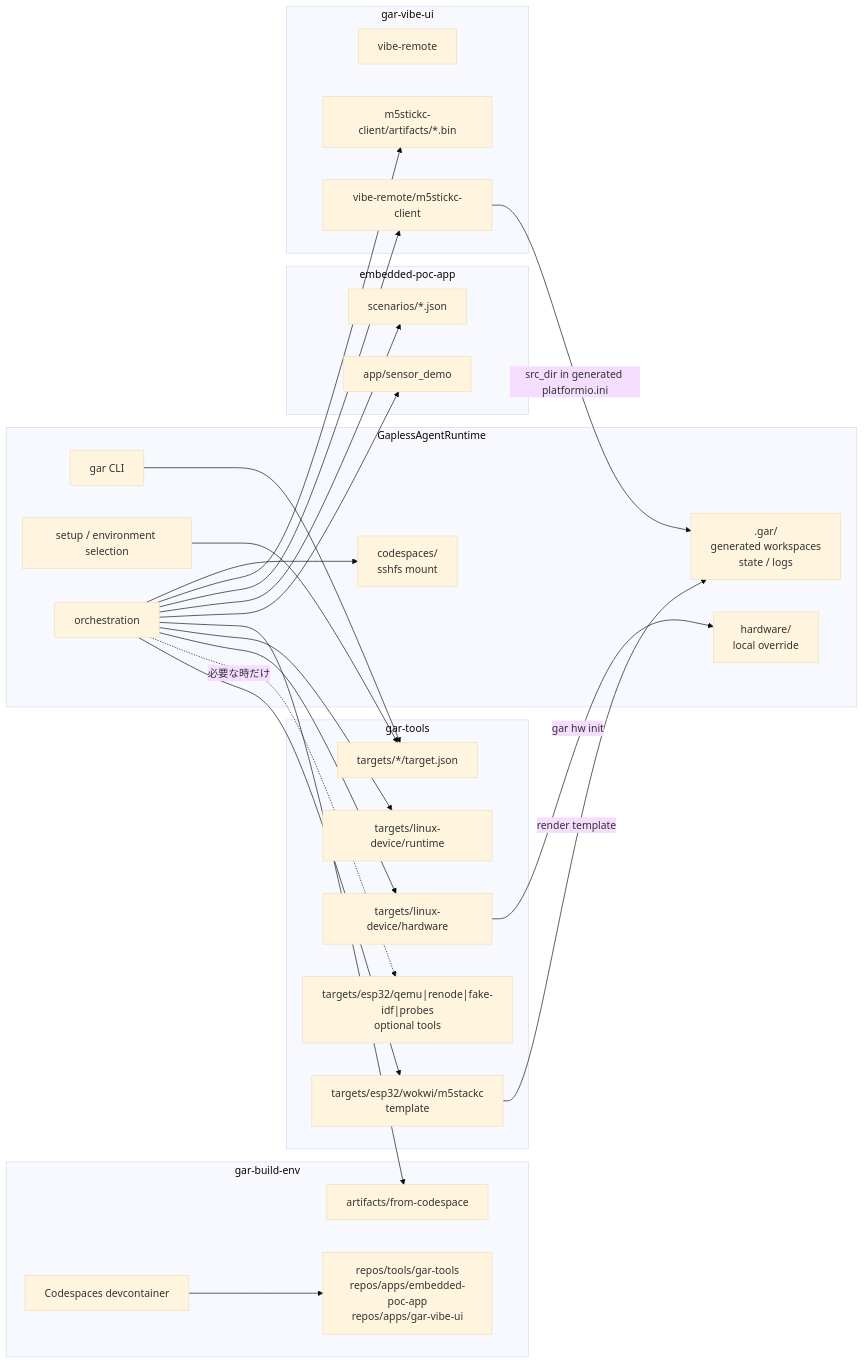
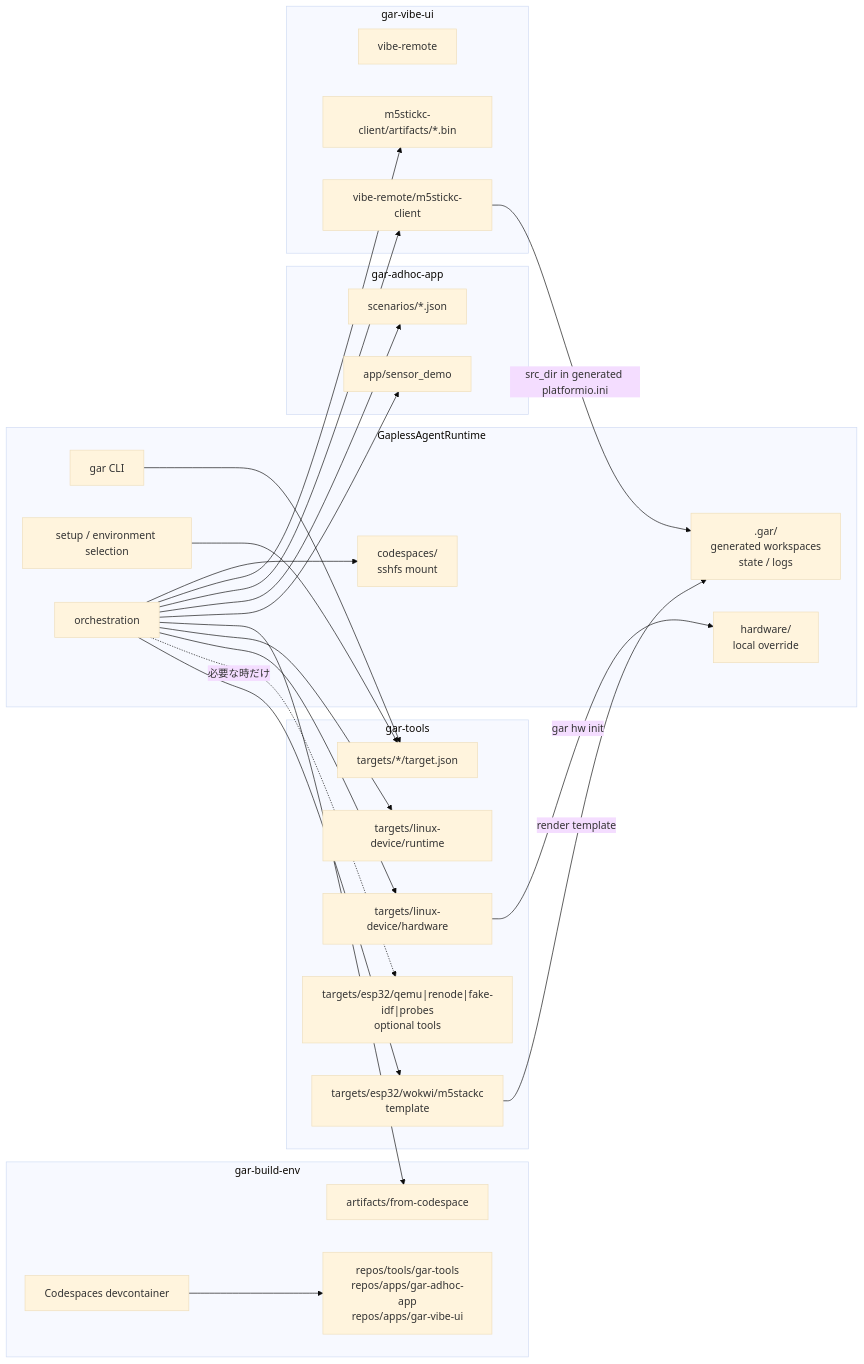
Before and after one commit to ThousandsOfTies/AgentCockpit: the fifth of 6 diagrams in docs/08_REPOSITORY_LAYOUT.md, drawn with Mermaid (base theme). The commit also changed other lines of this file and 91 other files, not shown here.

````diff
--- a/docs/08_REPOSITORY_LAYOUT.md
+++ b/docs/08_REPOSITORY_LAYOUT.md
@@ -344,53 +377,53 @@
 ```mermaid
 flowchart LR
   subgraph GAR["GaplessAgentRuntime"]
     CLI["gar CLI"]
     Setup["setup / environment selection"]
     Runtime["orchestration"]
     CodeMount["codespaces/\nsshfs mount"]
     LocalHW["hardware/\nlocal override"]
     Generated[".gar/\ngenerated workspaces\nstate / logs"]
   end
 
   subgraph Tools["gar-tools"]
     Targets["targets/*/target.json"]
     Wokwi["targets/esp32/wokwi/m5stackc\ntemplate"]
     OptionalTools["targets/esp32/qemu|renode|fake-idf|probes\noptional tools"]
     HW["targets/linux-device/hardware"]
     LinuxRuntime["targets/linux-device/runtime"]
   end
 
   subgraph BuildEnv["gar-build-env"]
     Codespace["Codespaces devcontainer"]
     BuildArtifacts["artifacts/from-codespace"]
-    BuildRepos["repos/tools/gar-tools\nrepos/apps/embedded-poc-app\nrepos/apps/gar-vibe-ui"]
+    BuildRepos["repos/tools/gar-tools\nrepos/apps/gar-adhoc-app\nrepos/apps/gar-vibe-ui"]
   end
 
-  subgraph LinuxAppRepo["embedded-poc-app"]
+  subgraph LinuxAppRepo["gar-adhoc-app"]
     LinuxAppSource["app/sensor_demo"]
     LinuxAppScenarios["scenarios/*.json"]
   end
 
   subgraph M5AppRepo["gar-vibe-ui"]
     VibeRemote["vibe-remote"]
     M5Client["vibe-remote/m5stickc-client"]
     M5Artifacts["m5stickc-client/artifacts/*.bin"]
   end
 
   CLI --> Targets
   Setup --> Targets
   Runtime --> Wokwi
   Runtime -. "必要な時だけ" .-> OptionalTools
   Runtime --> HW
   Runtime --> LinuxRuntime
   Runtime --> BuildArtifacts
   Runtime --> LinuxAppSource
   Runtime --> LinuxAppScenarios
   Runtime --> M5Client
   Runtime --> M5Artifacts
   Runtime --> CodeMount
   Codespace --> BuildRepos
   HW -->|gar hw init| LocalHW
   Wokwi -->|render template| Generated
   M5Client -->|src_dir in generated platformio.ini| Generated
 ```
````
